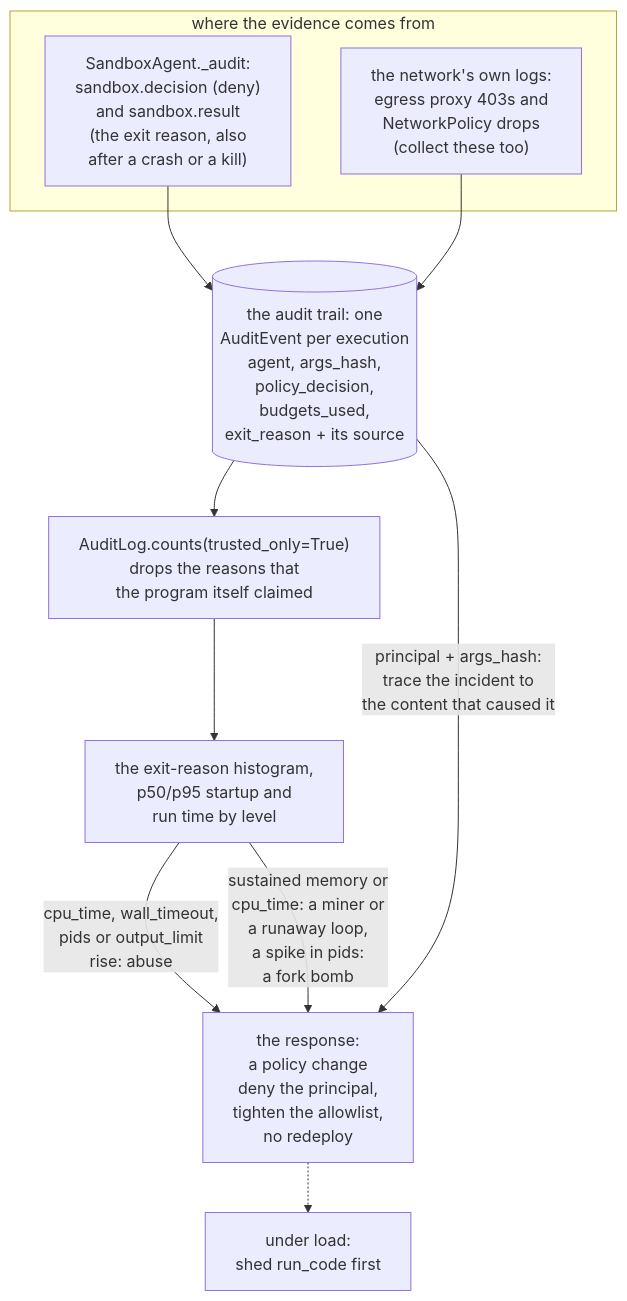
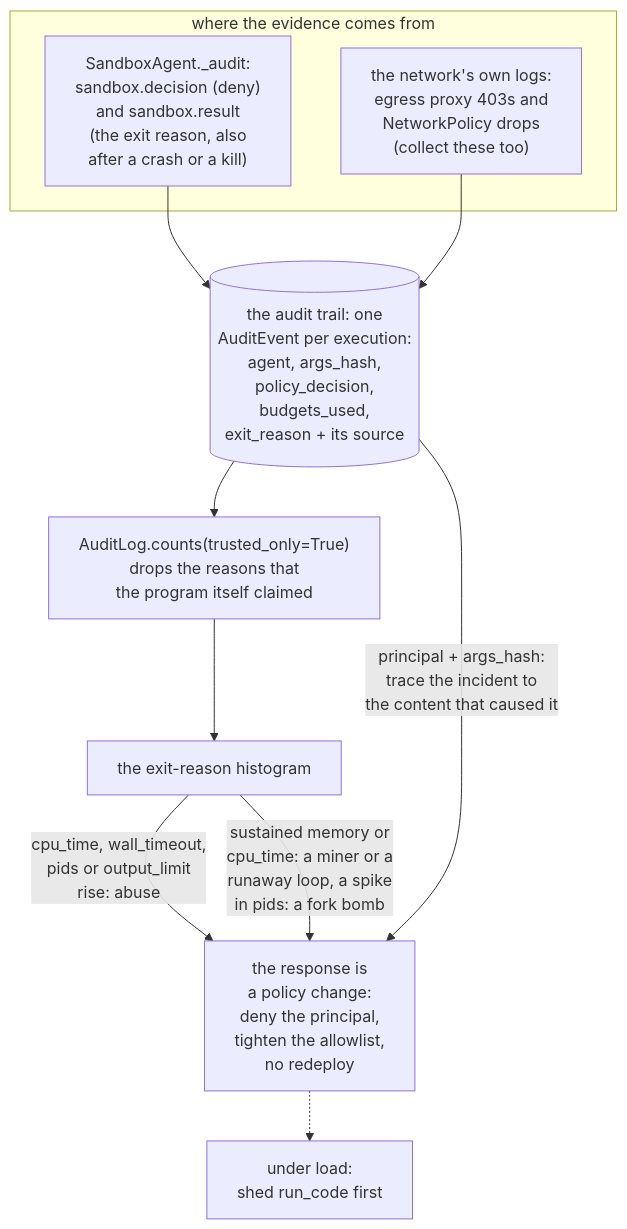
Before and after one commit to aniryou/full-stack-agentic-engineer: the sixth of 6 diagrams in 07-application-agent-framework/sandboxed-execution/PRIMER.md, drawn with Mermaid. The commit also changed other lines of this file and 29 other files, not shown here.

````diff
--- a/07-application-agent-framework/sandboxed-execution/PRIMER.md
+++ b/07-application-agent-framework/sandboxed-execution/PRIMER.md
@@ -595,16 +587,16 @@
 ```mermaid
 flowchart TB
   subgraph SRC["where the evidence comes from"]
     AG["SandboxAgent._audit:<br/>sandbox.decision (deny)<br/>and sandbox.result<br/>(the exit reason, also<br/>after a crash or a kill)"]
     NW["the network's own logs:<br/>egress proxy 403s and<br/>NetworkPolicy drops<br/>(collect these too)"]
   end
   AG --> L
   NW --> L
-  L[("the audit trail: one<br/>AuditEvent per execution<br/>agent, args_hash,<br/>policy_decision,<br/>budgets_used,<br/>exit_reason + its source")]
+  L[("the audit trail: one<br/>AuditEvent per execution:<br/>agent, args_hash,<br/>policy_decision,<br/>budgets_used,<br/>exit_reason + its source")]
   L --> C["AuditLog.counts(trusted_only=True)<br/>drops the reasons that<br/>the program itself claimed"]
-  C --> H["the exit-reason histogram,<br/>p50/p95 startup and<br/>run time by level"]
+  C --> H["the exit-reason histogram"]
   H -->|"cpu_time, wall_timeout,<br/>pids or output_limit<br/>rise: abuse"| K
-  H -->|"sustained memory or<br/>cpu_time: a miner or<br/>a runaway loop,<br/>a spike in pids:<br/>a fork bomb"| K["the response:<br/>a policy change<br/>deny the principal,<br/>tighten the allowlist,<br/>no redeploy"]
+  H -->|"sustained memory or<br/>cpu_time: a miner or a<br/>runaway loop, a spike<br/>in pids: a fork bomb"| K["the response is<br/>a policy change:<br/>deny the principal,<br/>tighten the allowlist,<br/>no redeploy"]
   L -->|"principal + args_hash:<br/>trace the incident to<br/>the content that caused it"| K
   K -.-> SH["under load:<br/>shed run_code first"]
 ```
````
